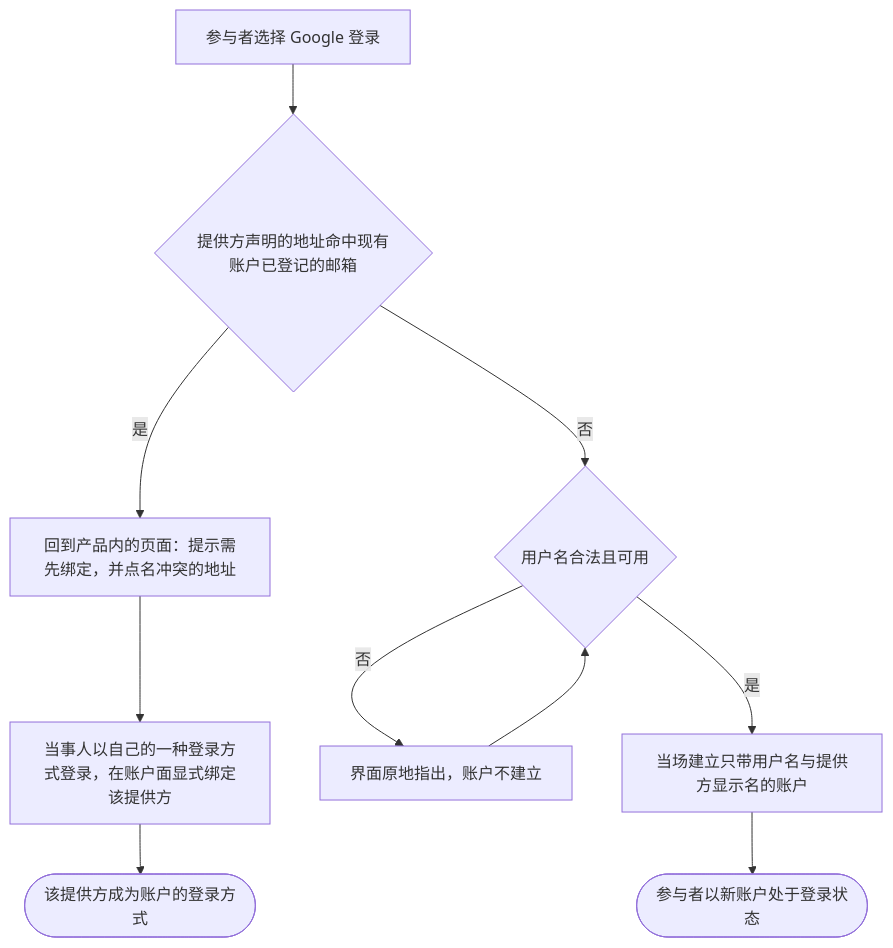
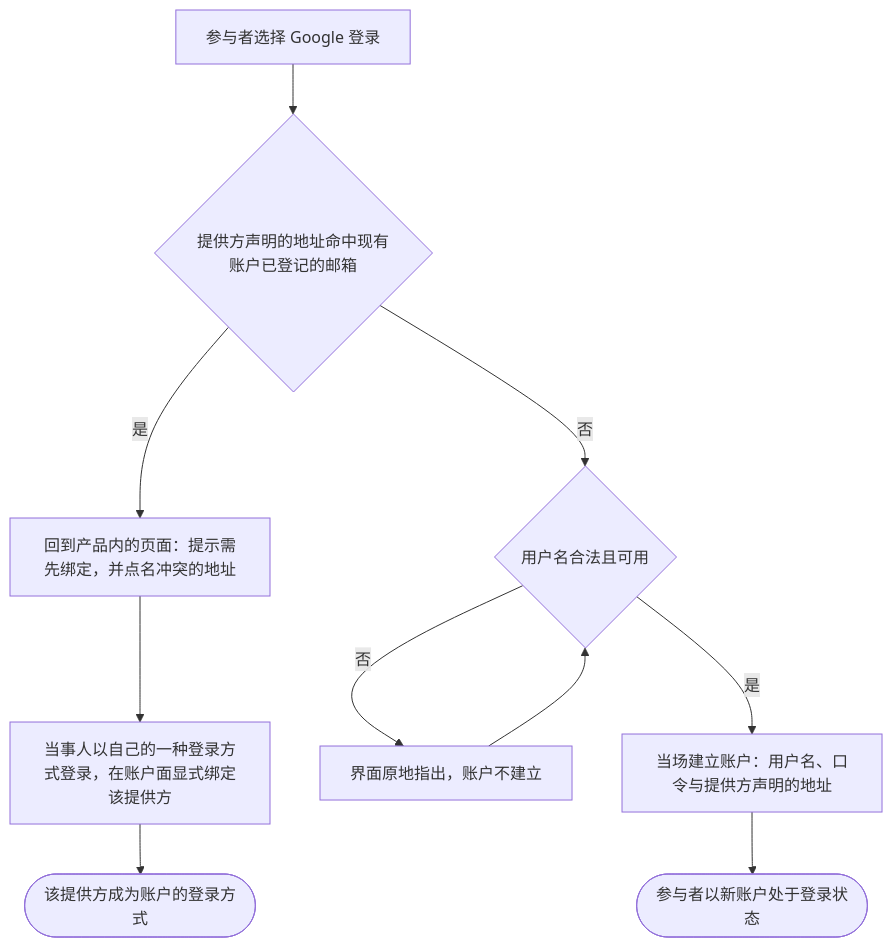
Before and after one commit to wangzw/speed: the diagram in docs/prd/journeys/journey-social-sign-in-and-linking.md, drawn with Mermaid. The commit also changed other lines of this file and 8 other files, not shown here.

````diff
--- a/docs/prd/journeys/journey-social-sign-in-and-linking.md
+++ b/docs/prd/journeys/journey-social-sign-in-and-linking.md
@@ -35,12 +36,12 @@
 ```mermaid
 flowchart TD
     A[参与者选择 Google 登录] --> B{提供方声明的地址命中现有账户已登记的邮箱}
     B -->|是| E[回到产品内的页面：提示需先绑定，并点名冲突的地址]
     E --> F[当事人以自己的一种登录方式登录，在账户面显式绑定该提供方]
     F --> G([该提供方成为账户的登录方式])
     B -->|否| U{用户名合法且可用}
     U -->|否| R[界面原地指出，账户不建立]
     R --> U
-    U -->|是| C[当场建立只带用户名与提供方显示名的账户]
+    U -->|是| C[当场建立账户：用户名、口令与提供方声明的地址]
     C --> D([参与者以新账户处于登录状态])
 ```
````
